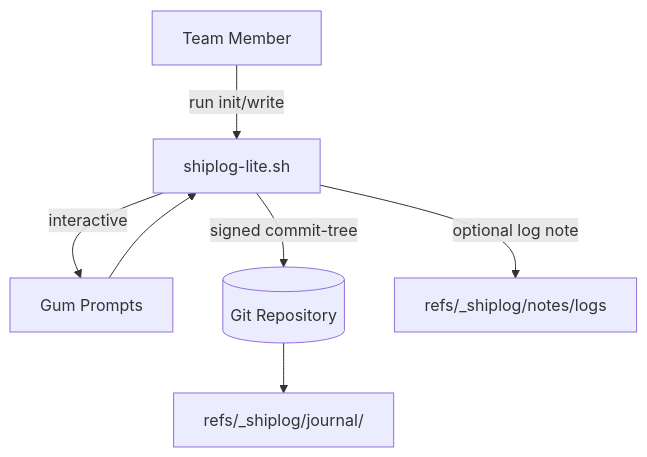
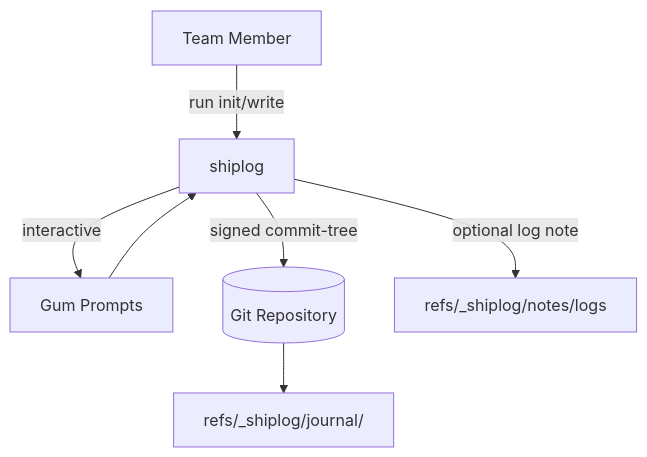
The first of 4 diagrams in README.md (flyingrobots/shiplog), drawn with Mermaid before and after one commit. The commit also changed other lines of this file and 5 other files, not shown here.

````diff
--- a/README.md
+++ b/README.md
@@ -25,16 +25,16 @@
 ```mermaid
 flowchart TD
   dev[Team Member]
   gum[Gum Prompts]
-  script[shiplog-lite.sh]
+  script[shiplog]
   git[(Git Repository)]
   journal[refs/_shiplog/journal/<env>]
   notes[refs/_shiplog/notes/logs]
 
   dev -->|run init/write| script
   script -->|interactive| gum
   gum --> script
   script -->|signed commit-tree| git
   git --> journal
   script -->|optional log note| notes
 ```
````
